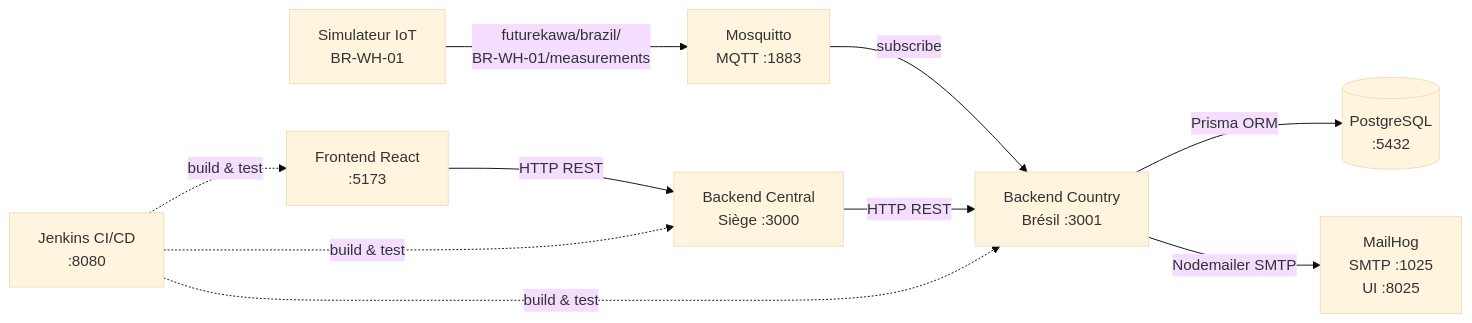
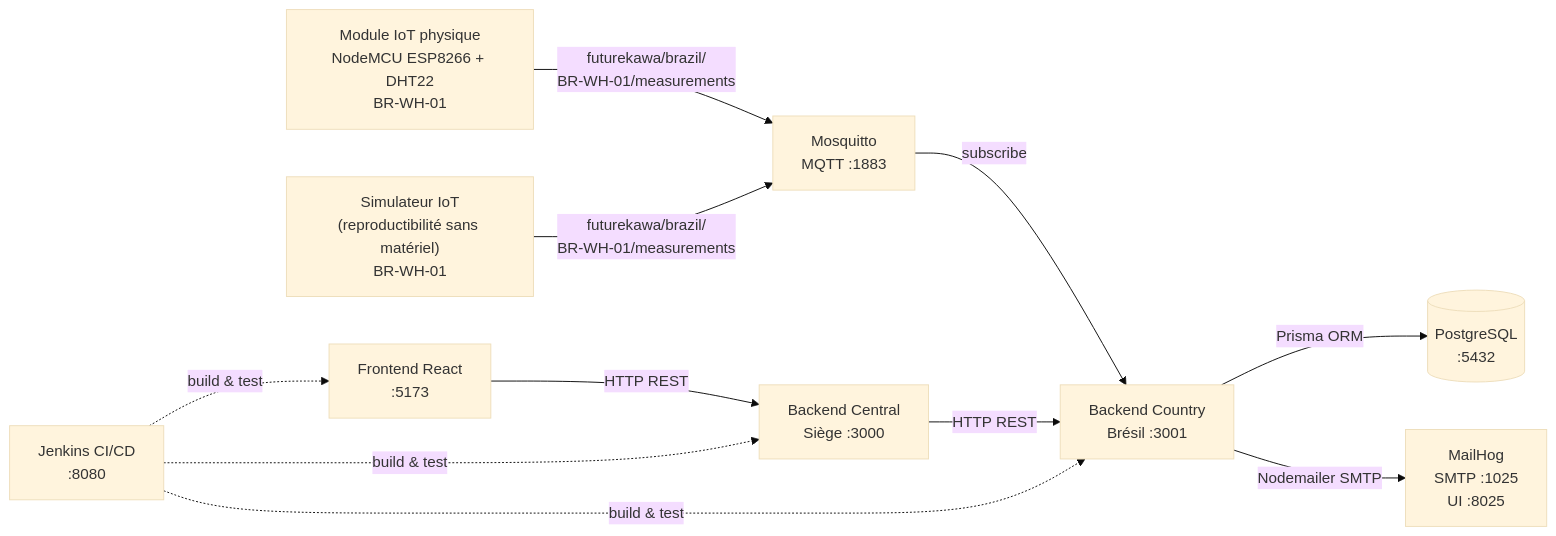
One commit to ZahamIzaz/futurekawa changed the first of 3 diagrams in docs/TECHNICAL_DOCUMENTATION.md. Above: the diagram before and after it, drawn with Mermaid (base theme). The commit also changed other lines of this file and 6 other files, not shown here.

````diff
--- a/docs/TECHNICAL_DOCUMENTATION.md
+++ b/docs/TECHNICAL_DOCUMENTATION.md
@@ -39,21 +39,23 @@
 ```mermaid
 flowchart LR
-    SIM["Simulateur IoT\nBR-WH-01"]
+    ESP["Module IoT physique\nNodeMCU ESP8266 + DHT22\nBR-WH-01"]
+    SIM["Simulateur IoT\n(reproductibilité sans matériel)\nBR-WH-01"]
     MQTT["Mosquitto\nMQTT :1883"]
     BC["Backend Country\nBrésil :3001"]
     DB[("PostgreSQL\n:5432")]
     MAIL["MailHog\nSMTP :1025\nUI :8025"]
     CENTRAL["Backend Central\nSiège :3000"]
     FRONT["Frontend React\n:5173"]
     JENKINS["Jenkins CI/CD\n:8080"]
 
+    ESP -->|"futurekawa/brazil/\nBR-WH-01/measurements"| MQTT
     SIM -->|"futurekawa/brazil/\nBR-WH-01/measurements"| MQTT
     MQTT -->|subscribe| BC
     BC -->|Prisma ORM| DB
     BC -->|Nodemailer SMTP| MAIL
     CENTRAL -->|"HTTP REST"| BC
     FRONT -->|"HTTP REST"| CENTRAL
     JENKINS -.->|"build & test"| FRONT
     JENKINS -.->|"build & test"| BC
     JENKINS -.->|"build & test"| CENTRAL
 ```
````
